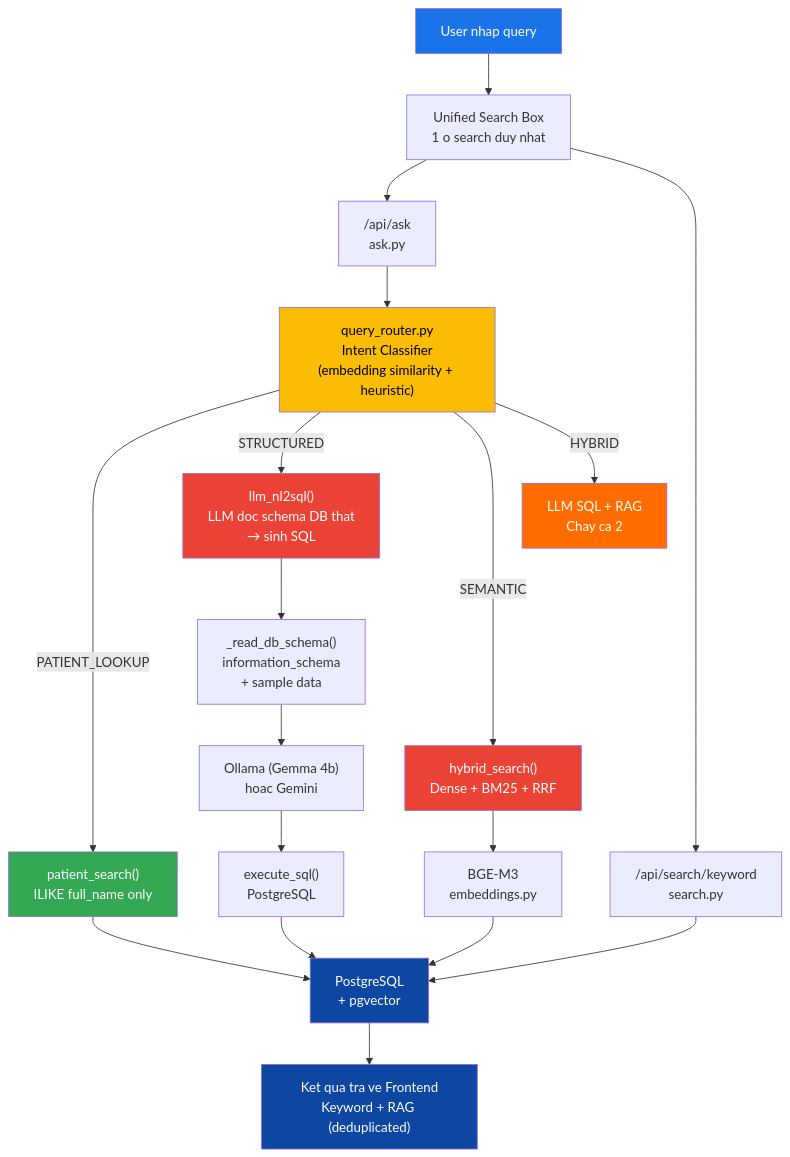
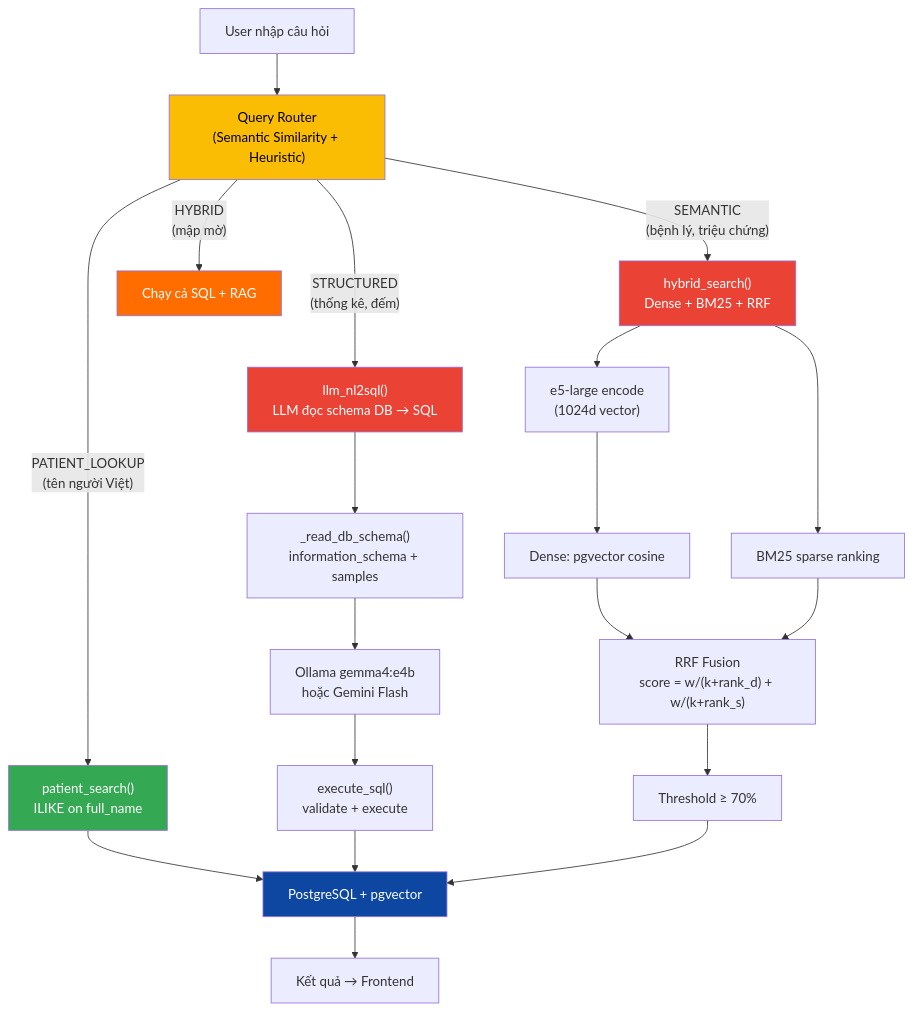
The second of 4 diagrams in README.md (HoangDLongg/pacs-long), drawn with Mermaid before and after one commit. The commit also changed other lines of this file and 10 other files, not shown here.

````diff
--- a/README.md
+++ b/README.md
@@ -69,34 +76,33 @@
 ```mermaid
-graph TD
-    Q["User nhap query"] --> SEARCH["Unified Search Box<br/>1 o search duy nhat"]
-    SEARCH --> ASK["/api/ask<br/>ask.py"]
-    SEARCH --> KW["/api/search/keyword<br/>search.py"]
+flowchart TD
+    Q["User nhập câu hỏi"] --> ROUTER["Query Router<br/>(Semantic Similarity + Heuristic)"]
 
-    ASK --> ROUTER["query_router.py<br/>Intent Classifier<br/>(embedding similarity + heuristic)"]
+    ROUTER -->|"PATIENT_LOOKUP<br/>(tên người Việt)"| PS["patient_search()<br/>ILIKE on full_name"]
+    ROUTER -->|"STRUCTURED<br/>(thống kê, đếm)"| LLM["llm_nl2sql()<br/>LLM đọc schema DB → SQL"]
+    ROUTER -->|"SEMANTIC<br/>(bệnh lý, triệu chứng)"| RAG["hybrid_search()<br/>Dense + BM25 + RRF"]
+    ROUTER -->|"HYBRID<br/>(mập mờ)"| BOTH["Chạy cả SQL + RAG"]
 
-    ROUTER -->|PATIENT_LOOKUP| PS["patient_search()<br/>ILIKE full_name only"]
-    ROUTER -->|STRUCTURED| LLM["llm_nl2sql()<br/>LLM doc schema DB that<br/>→ sinh SQL"]
-    ROUTER -->|SEMANTIC| RAG["hybrid_search()<br/>Dense + BM25 + RRF"]
-    ROUTER -->|HYBRID| BOTH["LLM SQL + RAG<br/>Chay ca 2"]
+    LLM --> SCHEMA["_read_db_schema()<br/>information_schema + samples"]
+    SCHEMA --> OLLAMA["Ollama gemma4:e4b<br/>hoặc Gemini Flash"]
+    OLLAMA --> EXEC["execute_sql()<br/>validate + execute"]
 
-    LLM --> SCHEMA["_read_db_schema()<br/>information_schema<br/>+ sample data"]
-    SCHEMA --> OLLAMA["Ollama (Gemma 4b)<br/>hoac Gemini"]
-    OLLAMA --> EXEC["execute_sql()<br/>PostgreSQL"]
+    RAG --> EMB["e5-large encode<br/>(1024d vector)"]
+    EMB --> DENSE["Dense: pgvector cosine"]
+    RAG --> BM25["BM25 sparse ranking"]
+    DENSE --> RRF["RRF Fusion<br/>score = w/(k+rank_d) + w/(k+rank_s)"]
+    BM25 --> RRF
+    RRF --> THRESH["Threshold ≥ 70%"]
 
-    PS --> DB["PostgreSQL<br/>+ pgvector"]
-    RAG --> EMB["BGE-M3<br/>embeddings.py"]
-    EMB --> DB
-    KW --> DB
+    PS --> DB["PostgreSQL + pgvector"]
     EXEC --> DB
+    THRESH --> DB
 
-    DB --> RESULT["Ket qua tra ve Frontend<br/>Keyword + RAG (deduplicated)"]
+    DB --> RESULT["Kết quả → Frontend"]
 
-    style Q fill:#1a73e8,color:#fff
     style ROUTER fill:#fbbc04,color:#000
     style PS fill:#34a853,color:#fff
     style LLM fill:#ea4335,color:#fff
     style RAG fill:#ea4335,color:#fff
     style BOTH fill:#ff6d00,color:#fff
     style DB fill:#0d47a1,color:#fff
-    style RESULT fill:#0d47a1,color:#fff
 ```
````
